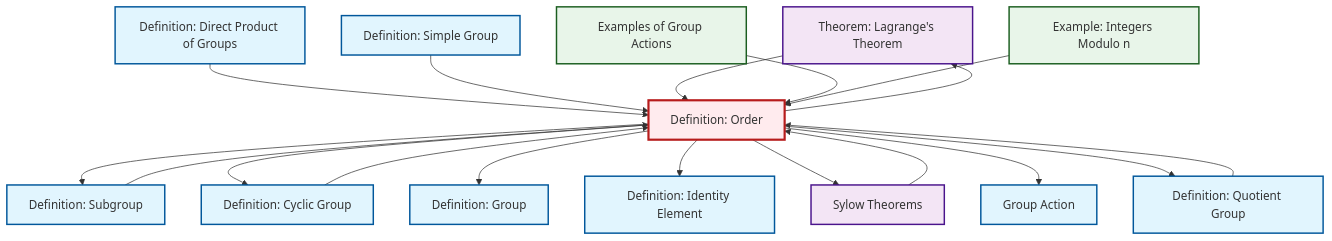
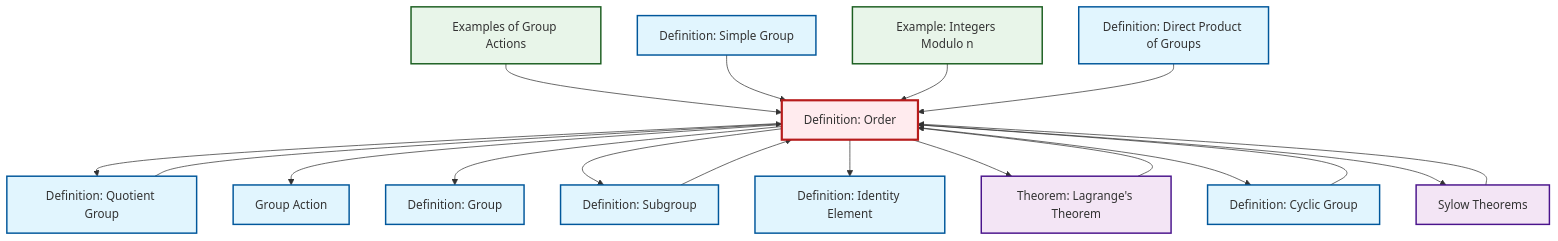
Before and after one commit to RK0429/ModernMath: the diagram in content/en/algebra/def-order.qmd, drawn with Mermaid. The commit also changed other lines of this file and 1012 other files, not shown here.

````diff
--- a/content/en/algebra/def-order.qmd
+++ b/content/en/algebra/def-order.qmd
@@ -80,52 +80,52 @@
 ```{mermaid}
 %%| fig-cap: "Local dependency graph"
 graph TD
     classDef definition fill:#e1f5fe,stroke:#01579b,stroke-width:2px
     classDef theorem fill:#f3e5f5,stroke:#4a148c,stroke-width:2px
     classDef axiom fill:#fff3e0,stroke:#e65100,stroke-width:2px
     classDef example fill:#e8f5e9,stroke:#1b5e20,stroke-width:2px
     classDef current fill:#ffebee,stroke:#b71c1c,stroke-width:3px
+    def-simple-group["Definition: Simple Group"]:::definition
+    def-identity-element["Definition: Identity Element"]:::definition
+    def-subgroup["Definition: Subgroup"]:::definition
+    def-cyclic-group["Definition: Cyclic Group"]:::definition
+    def-order["Definition: Order"]:::definition
+    def-group-action["Group Action"]:::definition
     thm-lagrange["Theorem: Lagrange's Theorem"]:::theorem
-    def-cyclic-group["Definition: Cyclic Group"]:::definition
     thm-sylow["Sylow Theorems"]:::theorem
-    def-order["Definition: Order"]:::definition
+    def-quotient-group["Definition: Quotient Group"]:::definition
+    ex-group-action-examples["Examples of Group Actions"]:::example
     def-direct-product["Definition: Direct Product of Groups"]:::definition
-    def-subgroup["Definition: Subgroup"]:::definition
-    ex-group-action-examples["Examples of Group Actions"]:::example
-    def-quotient-group["Definition: Quotient Group"]:::definition
-    def-identity-element["Definition: Identity Element"]:::definition
+    def-group["Definition: Group"]:::definition
     ex-quotient-integers-mod-n["Example: Integers Modulo n"]:::example
-    def-simple-group["Definition: Simple Group"]:::definition
-    def-group-action["Group Action"]:::definition
-    def-group["Definition: Group"]:::definition
+    def-order --> def-quotient-group
+    ex-group-action-examples --> def-order
+    def-order --> def-group-action
+    def-order --> def-group
     def-order --> def-subgroup
-    def-direct-product --> def-order
-    def-order --> def-cyclic-group
-    def-order --> def-group
-    def-cyclic-group --> def-order
-    def-quotient-group --> def-order
+    thm-sylow --> def-order
+    def-order --> def-identity-element
     def-simple-group --> def-order
     thm-lagrange --> def-order
-    ex-group-action-examples --> def-order
-    def-order --> def-identity-element
+    def-cyclic-group --> def-order
+    ex-quotient-integers-mod-n --> def-order
+    def-order --> thm-lagrange
+    def-quotient-group --> def-order
+    def-order --> def-cyclic-group
+    def-subgroup --> def-order
+    def-direct-product --> def-order
     def-order --> thm-sylow
-    def-subgroup --> def-order
-    ex-quotient-integers-mod-n --> def-order
-    def-order --> def-group-action
-    thm-sylow --> def-order
-    def-order --> def-quotient-group
-    def-order --> thm-lagrange
     class def-order current
+    click def-simple-group "def-simple-group.html" "Go to Simple Group definition"
+    click def-identity-element "def-identity-element.html" "Go to Identity Element definition"
+    click def-subgroup "def-subgroup.html" "Go to Subgroup definition"
+    click def-cyclic-group "def-cyclic-group.html" "Go to Cyclic Group definition"
+    click def-group-action "def-group-action.html" "Go to Group Action"
     click thm-lagrange "thm-lagrange.html" "Go to Lagrange's Theorem theorem"
-    click def-cyclic-group "def-cyclic-group.html" "Go to Cyclic Group definition"
     click thm-sylow "thm-sylow.html" "Go to Sylow Theorems"
+    click def-quotient-group "def-quotient-group.html" "Go to Quotient Group definition"
+    click ex-group-action-examples "ex-group-action-examples.html" "Go to Examples of Group Actions"
     click def-direct-product "def-direct-product.html" "Go to Direct Product of Groups definition"
-    click def-subgroup "def-subgroup.html" "Go to Subgroup definition"
-    click ex-group-action-examples "ex-group-action-examples.html" "Go to Examples of Group Actions"
-    click def-quotient-group "def-quotient-group.html" "Go to Quotient Group definition"
-    click def-identity-element "def-identity-element.html" "Go to Identity Element definition"
+    click def-group "def-group.html" "Go to Group definition"
     click ex-quotient-integers-mod-n "ex-quotient-integers-mod-n.html" "Go to Integers Modulo n example"
-    click def-simple-group "def-simple-group.html" "Go to Simple Group definition"
-    click def-group-action "def-group-action.html" "Go to Group Action"
-    click def-group "def-group.html" "Go to Group definition"
 ```
````
